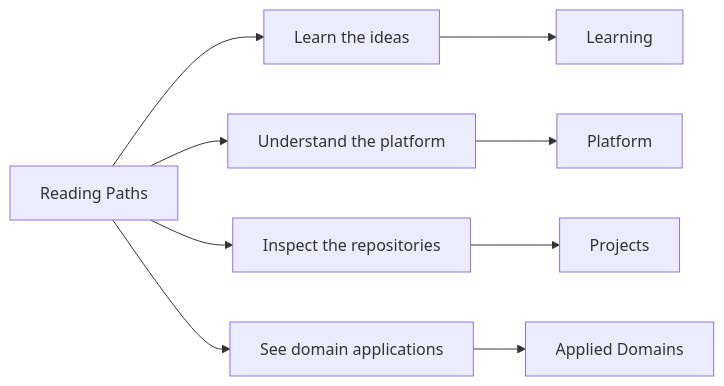
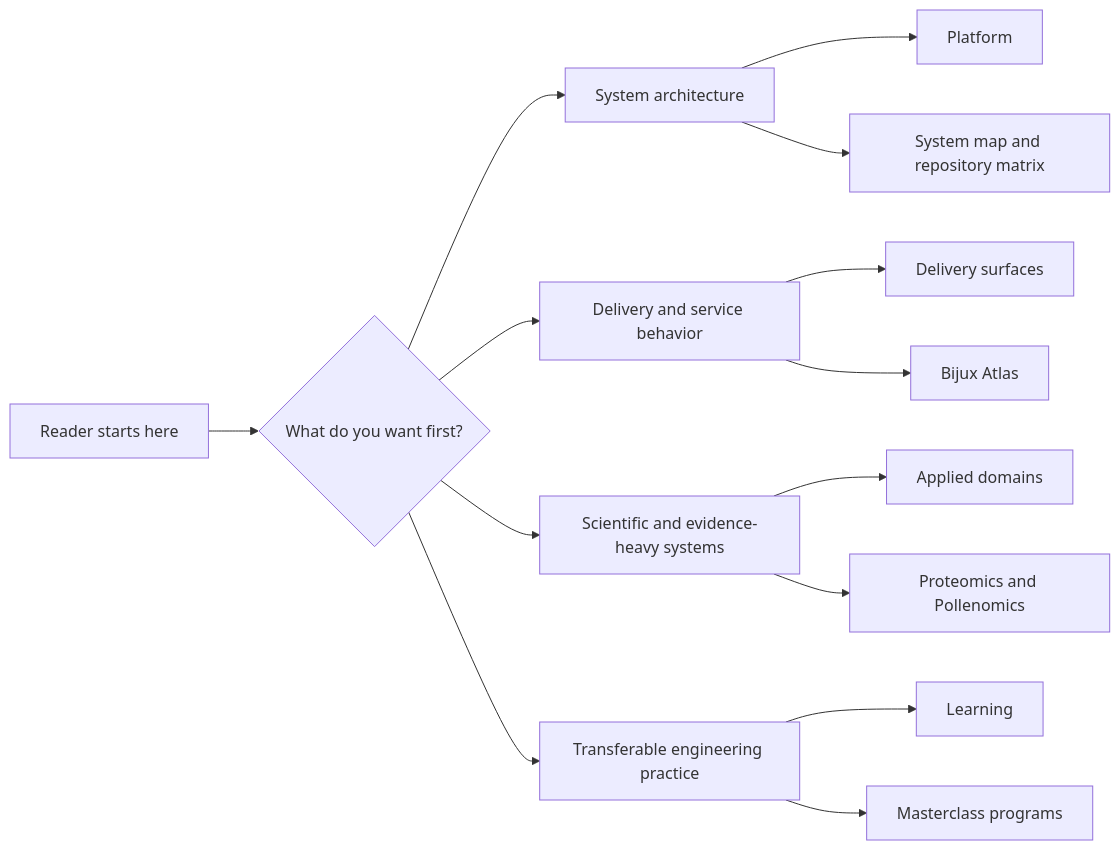
One commit to bijux/bijux.github.io changed the second of 2 diagrams in docs/index.md. Above: the diagram before and after it, drawn with Mermaid. The commit also changed other lines of this file, not shown here.

Commit message:
docs(home): clarify route selection

````diff
--- a/docs/index.md
+++ b/docs/index.md
@@ -157,12 +157,20 @@
 ```mermaid
 graph LR
-    paths["Reading Paths"] --> ideas["Learn the ideas"]
-    paths --> platform["Understand the platform"]
-    paths --> repositories["Inspect the repositories"]
-    paths --> domains["See domain applications"]
+    entry["Reader starts here"] --> split{"What do you want first?"}
+    split --> architecture["System architecture"]
+    split --> delivery["Delivery and service behavior"]
+    split --> domain["Scientific and evidence-heavy systems"]
+    split --> teaching["Transferable engineering practice"]
 
-    ideas --> learning["Learning"]
-    platform --> platform_branch["Platform"]
-    repositories --> projects["Projects"]
-    domains --> applied["Applied Domains"]
+    architecture --> platform["Platform"]
+    architecture --> matrix["System map and repository matrix"]
+
+    delivery --> surfaces["Delivery surfaces"]
+    delivery --> atlas["Bijux Atlas"]
+
+    domain --> applied["Applied domains"]
+    domain --> scientific["Proteomics and Pollenomics"]
+
+    teaching --> learning["Learning"]
+    teaching --> programs["Masterclass programs"]
 ```
````
